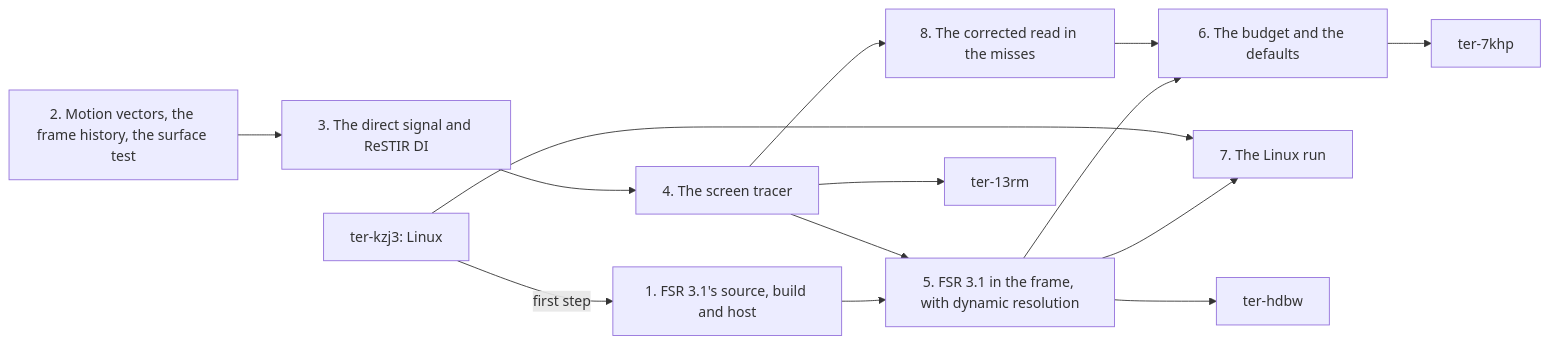
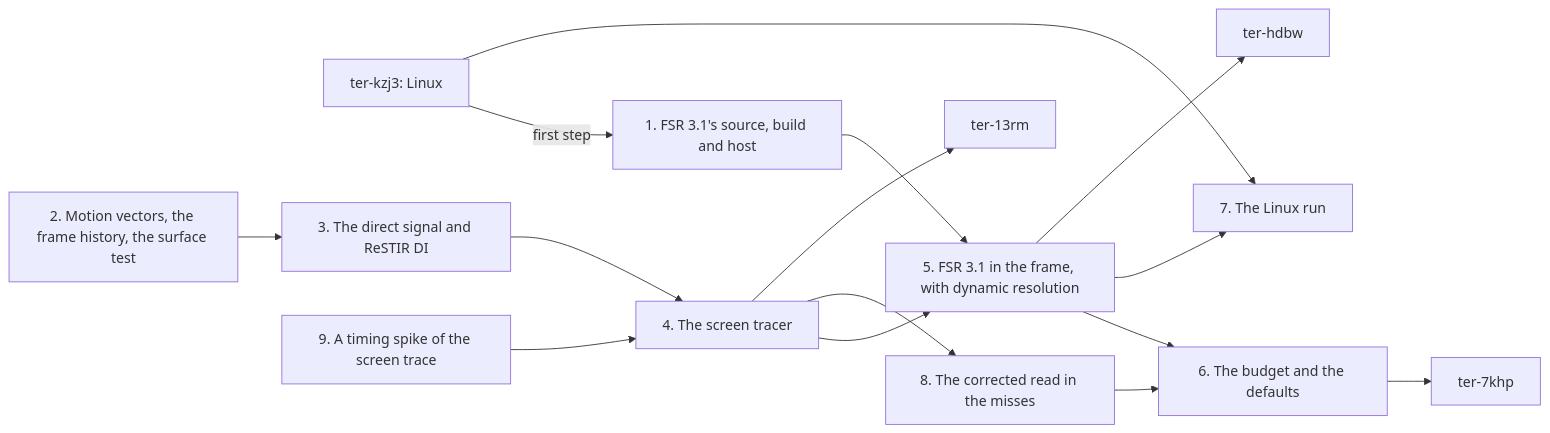
Before and after one commit to alexispurslane/tertius: the second of 2 diagrams in docs/plans/temporal-renderer.md, drawn with Mermaid. The commit also changed other lines of this file and 2 other files, not shown here.

````diff
--- a/docs/plans/temporal-renderer.md
+++ b/docs/plans/temporal-renderer.md
@@ -1193,16 +1351,17 @@
 ```mermaid
 flowchart LR
     K[ter-kzj3: Linux] -- first step --> T1
     T1[1. FSR 3.1's source, build and host] --> T5
     T2[2. Motion vectors, the frame history, the surface test] --> T3[3. The direct signal and ReSTIR DI]
+    T9[9. A timing spike of the screen trace] --> T4
     T3 --> T4[4. The screen tracer]
     T4 --> T5[5. FSR 3.1 in the frame, with dynamic resolution]
     T4 --> T8[8. The corrected read in the misses]
     T5 --> T6[6. The budget and the defaults]
     T8 --> T6
     T5 --> T7[7. The Linux run]
     K --> T7
     T5 --> HD[ter-hdbw]
     T4 --> RC[ter-13rm]
     T6 --> TS[ter-7khp]
 ```
````
